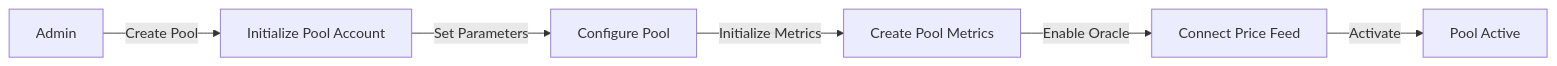
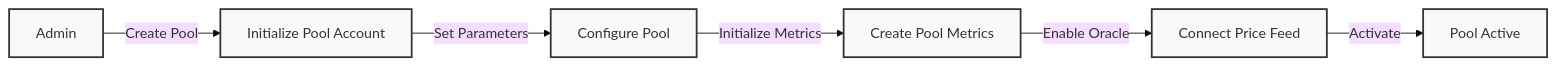
The sixth of 8 diagrams in src/guides/how-to-build-lending-protocol.md (Arch-Network/book), drawn with Mermaid before and after one commit. The commit also changed other lines of this file, not shown here.

````diff
--- a/src/guides/how-to-build-lending-protocol.md
+++ b/src/guides/how-to-build-lending-protocol.md
@@ -695,8 +702,28 @@
 ```mermaid
+%%{init: {
+  'theme': 'base',
+  'themeVariables': { 'fontSize': '16px'},
+  'flowchart': {
+    'curve': 'basis',
+    'nodeSpacing': 50,
+    'rankSpacing': 50,
+    'animation': {
+      'sequence': true,
+      'duration': 1000,
+      'ease': 'linear',
+      'diagramUpdate': 200
+    }
+  }
+}}%%
 graph LR
     A[Admin] -->|Create Pool| B[Initialize Pool Account]
     B -->|Set Parameters| C[Configure Pool]
     C -->|Initialize Metrics| D[Create Pool Metrics]
     D -->|Enable Oracle| E[Connect Price Feed]
     E -->|Activate| F[Pool Active]
+
+    classDef default fill:#f9f9f9,stroke:#333,stroke-width:2px;
+    classDef active fill:#4a9eff,color:white,stroke:#3182ce,opacity:0;
+    classDef complete fill:#98FB98,stroke:#333;
+
 ```
````
